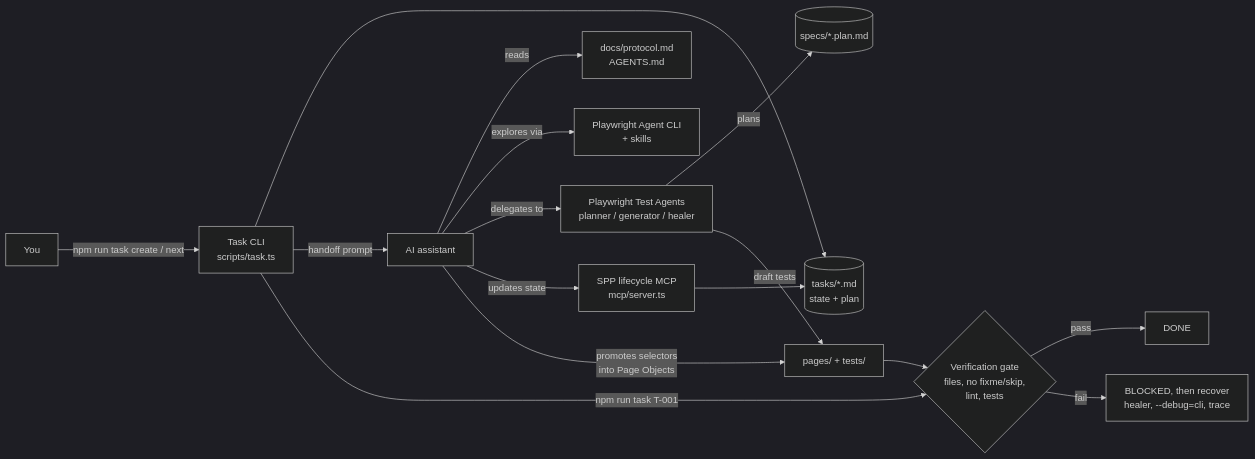
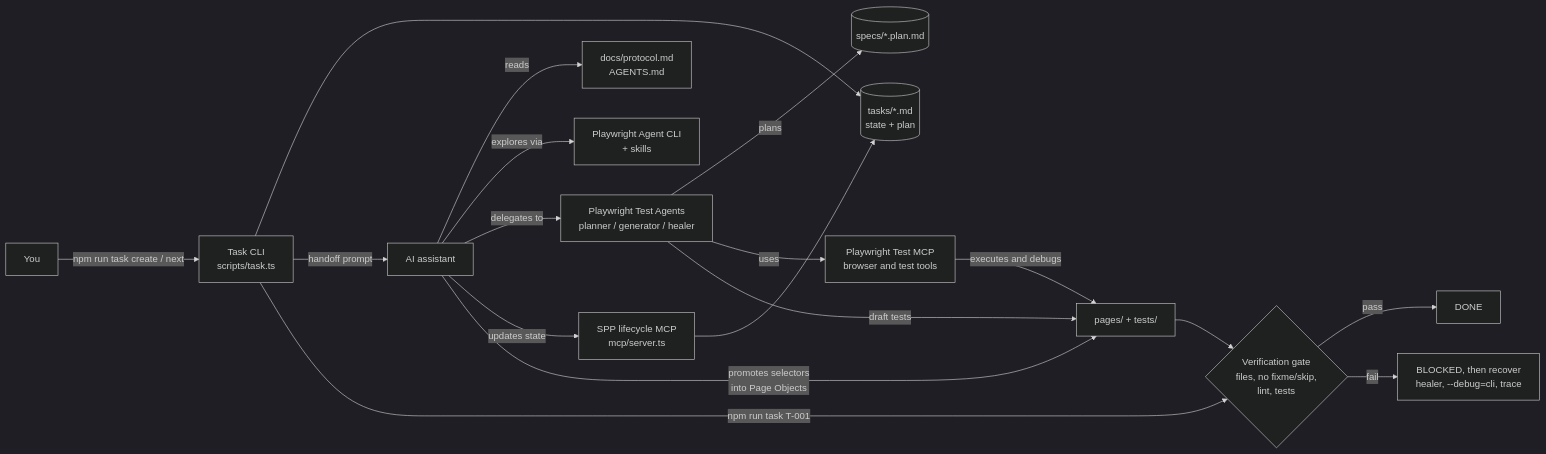
One commit to yashwant-das/ai-ts-playwright-protocol changed the diagram in README.md. Above: the diagram before and after it, drawn with Mermaid (dark theme). The commit also changed other lines of this file, not shown here.

Commit message:
docs: restore AI skills and MCP showcase focus

````diff
--- a/README.md
+++ b/README.md
@@ -18,18 +28,20 @@
 ```mermaid
 flowchart LR
     Dev[You] -->|npm run task create / next| CLI[Task CLI<br/>scripts/task.ts]
     CLI --> Tasks[(tasks/*.md<br/>state + plan)]
     CLI -->|handoff prompt| AI[AI assistant]
     AI -->|reads| Protocol[docs/protocol.md<br/>AGENTS.md]
     AI -->|explores via| PWCLI[Playwright Agent CLI<br/>+ skills]
     AI -->|delegates to| Agents[Playwright Test Agents<br/>planner / generator / healer]
     Agents -->|plans| Specs[(specs/*.plan.md)]
+    Agents -->|uses| TestMCP[Playwright Test MCP<br/>browser and test tools]
+    TestMCP -->|executes and debugs| Code
     AI -->|updates state| SPPMCP[SPP lifecycle MCP<br/>mcp/server.ts]
     SPPMCP --> Tasks
     Agents -->|draft tests| Code[pages/ + tests/]
     AI -->|promotes selectors<br/>into Page Objects| Code
     CLI -->|npm run task T-001| Gate{Verification gate<br/>files, no fixme/skip,<br/>lint, tests}
     Code --> Gate
     Gate -->|pass| Done[DONE]
     Gate -->|fail| Blocked[BLOCKED, then recover<br/>healer, --debug=cli, trace]
 ```
````
